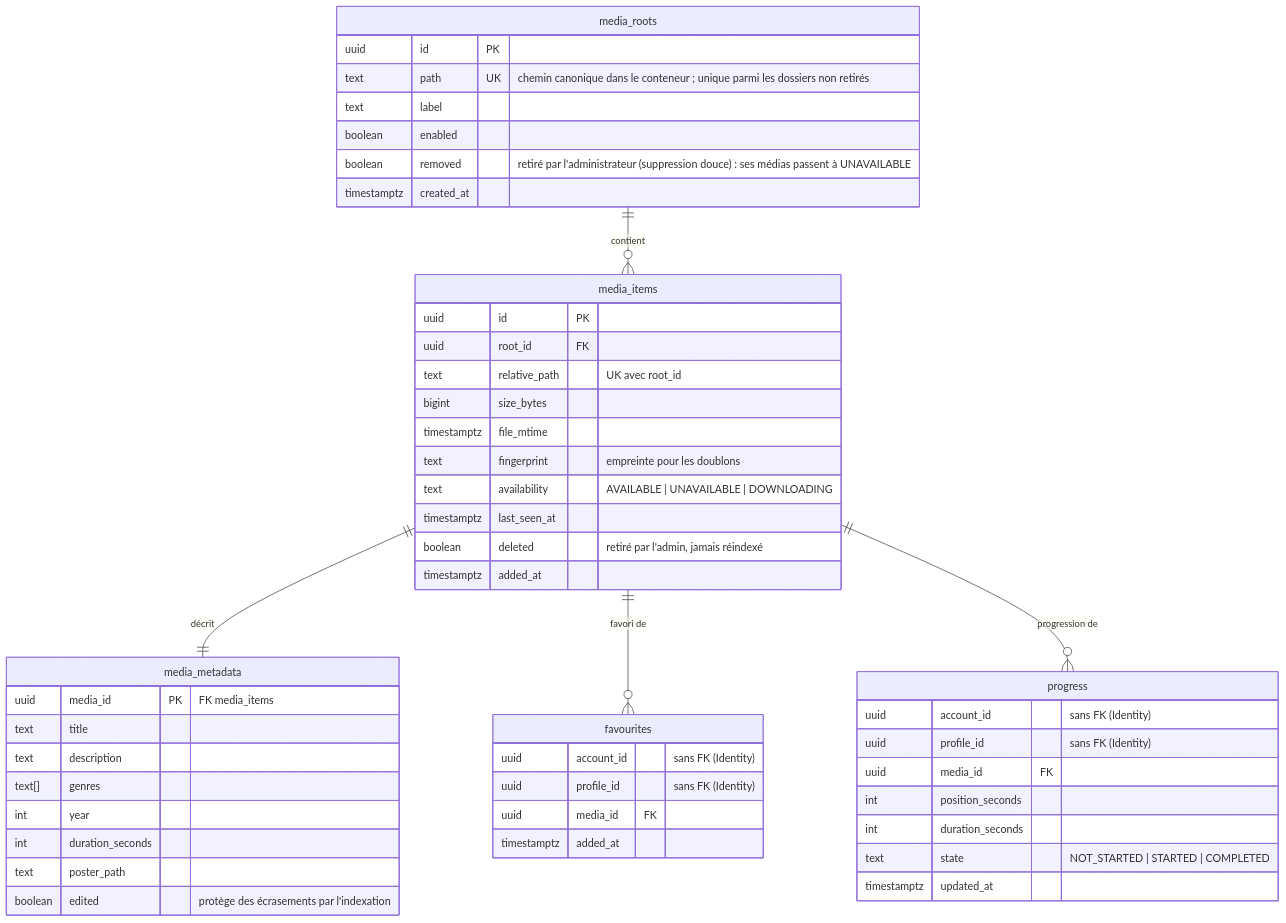
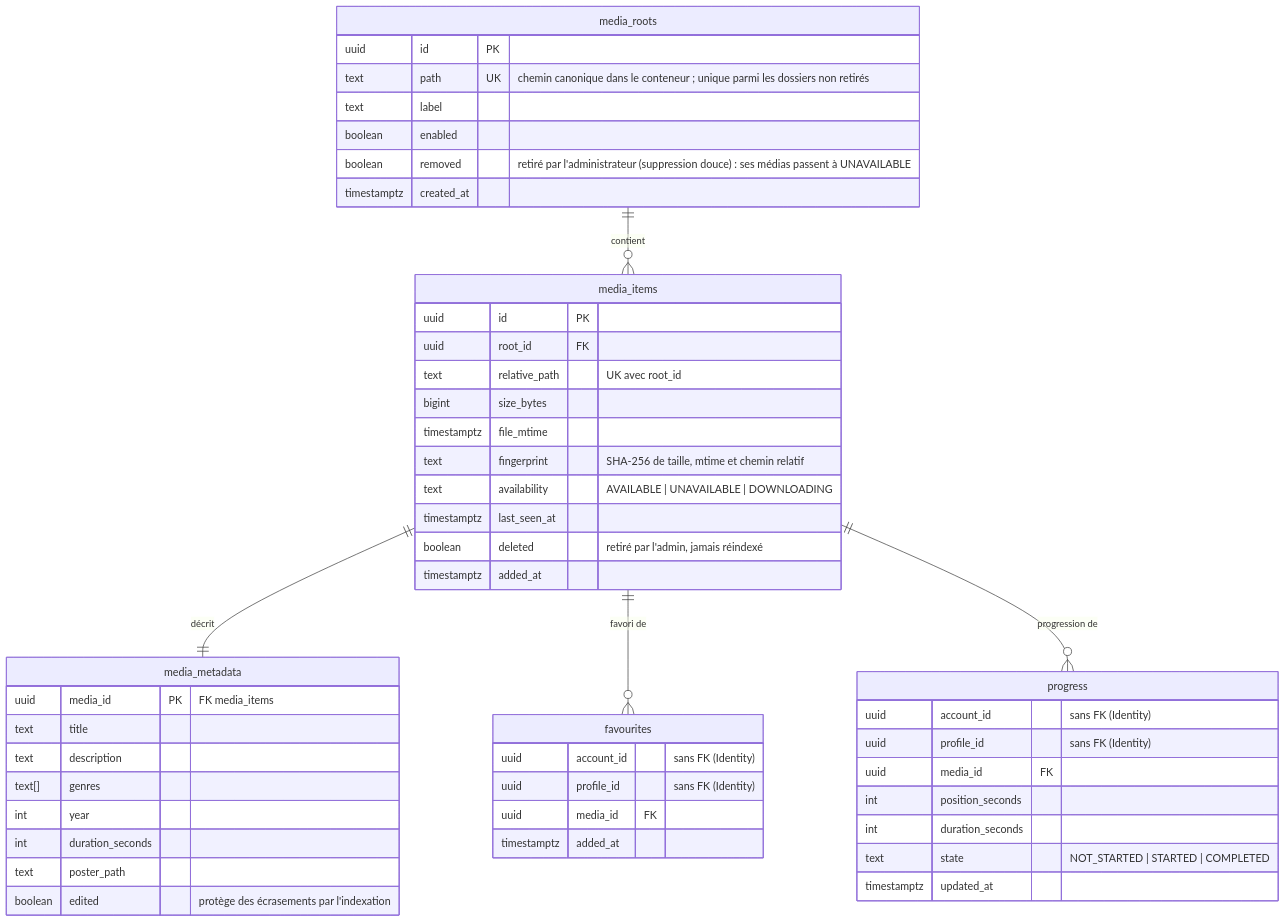
Before and after one commit to tomvieilledent/holbertonschool-homeflix-project: the second of 3 diagrams in docs/architecture/data-model.md, drawn with Mermaid. The commit also changed other lines of this file and 5 other files, not shown here.

````diff
--- a/docs/architecture/data-model.md
+++ b/docs/architecture/data-model.md
@@ -56,52 +56,52 @@
 ```mermaid
 erDiagram
     media_roots ||--o{ media_items : "contient"
     media_items ||--|| media_metadata : "décrit"
     media_items ||--o{ favourites : "favori de"
     media_items ||--o{ progress : "progression de"
     media_roots {
         uuid id PK
         text path UK "chemin canonique dans le conteneur ; unique parmi les dossiers non retirés"
         text label
         boolean enabled
         boolean removed "retiré par l'administrateur (suppression douce) : ses médias passent à UNAVAILABLE"
         timestamptz created_at
     }
     media_items {
         uuid id PK
         uuid root_id FK
         text relative_path "UK avec root_id"
         bigint size_bytes
         timestamptz file_mtime
-        text fingerprint "empreinte pour les doublons"
+        text fingerprint "SHA-256 de taille, mtime et chemin relatif"
         text availability "AVAILABLE | UNAVAILABLE | DOWNLOADING"
         timestamptz last_seen_at
         boolean deleted "retiré par l'admin, jamais réindexé"
         timestamptz added_at
     }
     media_metadata {
         uuid media_id PK "FK media_items"
         text title
         text description
         text[] genres
         int year
         int duration_seconds
         text poster_path
         boolean edited "protège des écrasements par l'indexation"
     }
     favourites {
         uuid account_id "sans FK (Identity)"
         uuid profile_id "sans FK (Identity)"
         uuid media_id FK
         timestamptz added_at
     }
     progress {
         uuid account_id "sans FK (Identity)"
         uuid profile_id "sans FK (Identity)"
         uuid media_id FK
         int position_seconds
         int duration_seconds
         text state "NOT_STARTED | STARTED | COMPLETED"
         timestamptz updated_at
     }
 ```
````
